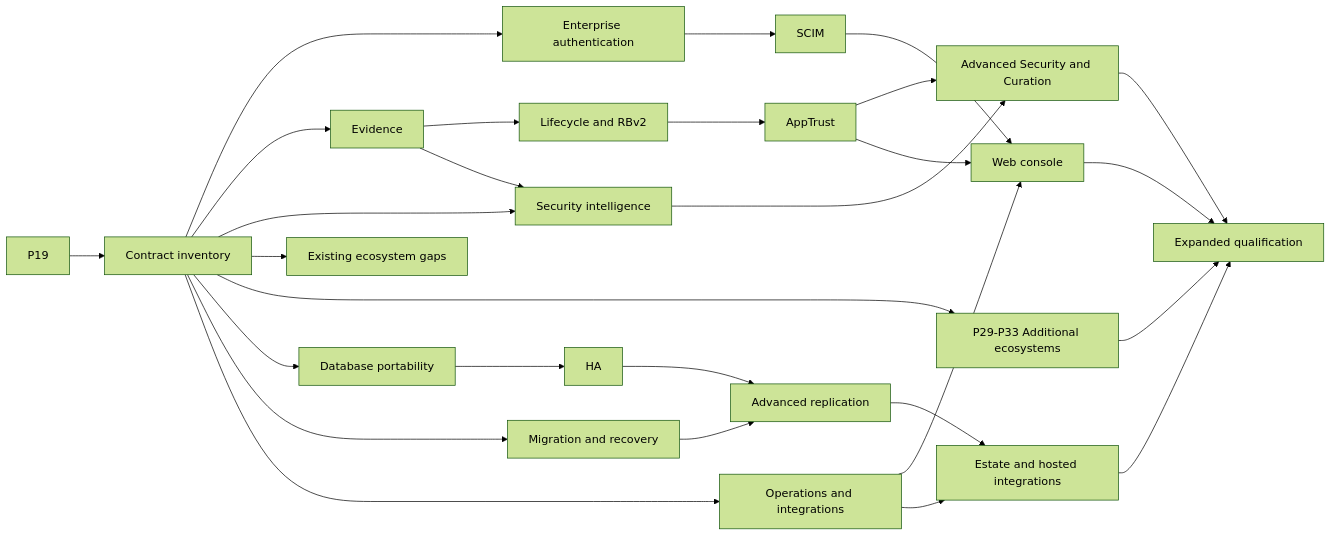
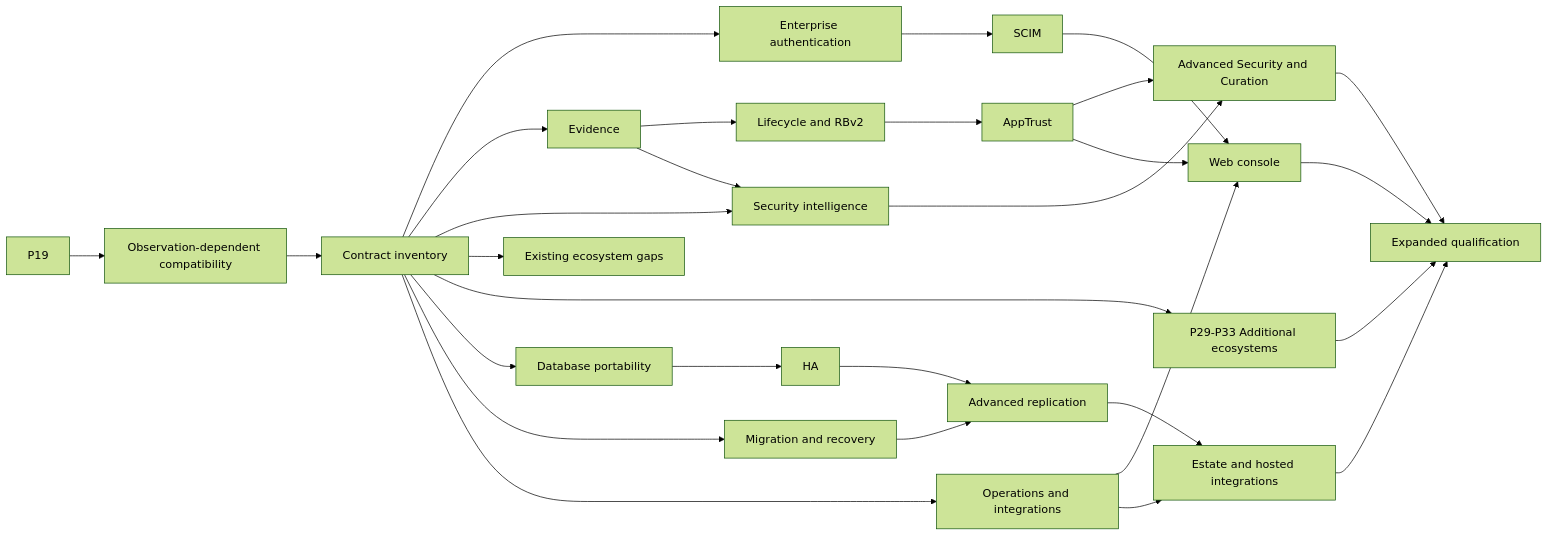
Before and after one commit to weaveplatform/artifactweave: the second of 2 diagrams in docs/implementation/plan.md, drawn with Mermaid (forest theme). The commit also changed other lines of this file and 8 other files, not shown here.

````diff
--- a/docs/implementation/plan.md
+++ b/docs/implementation/plan.md
@@ -173,24 +175,25 @@
 ```mermaid
 flowchart LR
-  P19 --> P20[Contract inventory]
+  P19 --> P19a[Observation-dependent compatibility]
+  P19a --> P20[Contract inventory]
   P20 --> P21[Enterprise authentication] --> P22[SCIM]
   P20 --> P23[Evidence] --> P24[Lifecycle and RBv2] --> P25[AppTrust]
   P20 --> P26[Security intelligence] --> P27[Advanced Security and Curation]
   P23 --> P26
   P25 --> P27
   P20 --> P28[Existing ecosystem gaps]
   P20 --> Formats[P29-P33 Additional ecosystems]
   P20 --> P34[Database portability] --> P35[HA]
   P20 --> P36[Migration and recovery] --> P37[Advanced replication]
   P35 --> P37
   P20 --> P38[Operations and integrations]
   P22 --> P39[Web console]
   P25 --> P39
   P38 --> P39
   P37 --> P40[Estate and hosted integrations]
   P38 --> P40
   P39 --> P41[Expanded qualification]
   P40 --> P41
   P27 --> P41
   Formats --> P41
 ```
````
